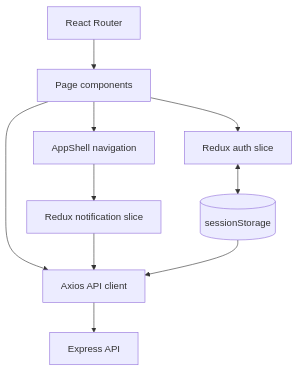
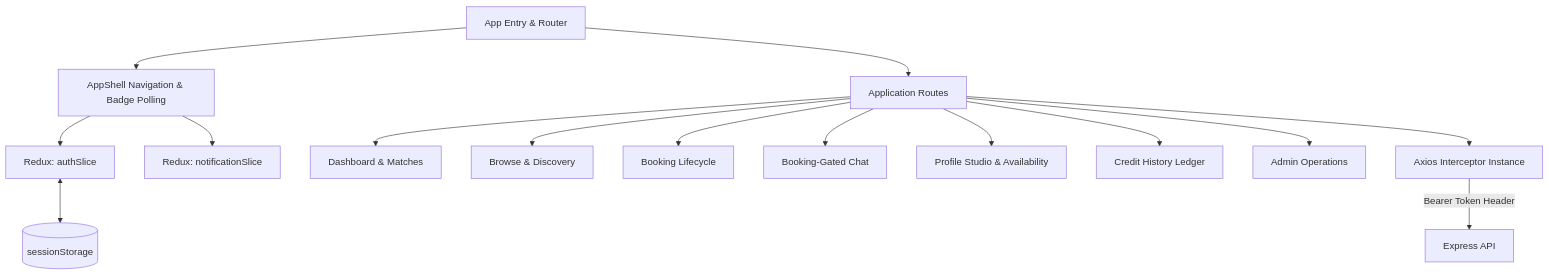
One commit to eeemrann/skillswap changed the second of 5 diagrams in README.md. Above: the diagram before and after it, drawn with Mermaid. The commit also changed other lines of this file, not shown here.

````diff
--- a/README.md
+++ b/README.md
@@ -56,12 +154,20 @@
 ```mermaid
 flowchart TD
-    Router[React Router] --> Pages[Page components]
-    Pages --> Shell[AppShell navigation]
-    Pages --> Auth[Redux auth slice]
-    Shell --> Notices[Redux notification slice]
-    Pages --> APIClient[Axios API client]
-    Notices --> APIClient
-    Auth <--> Session[(sessionStorage)]
-    Session --> APIClient
-    APIClient --> Backend[Express API]
+    App[App Entry & Router] --> Shell[AppShell Navigation & Badge Polling]
+    App --> Routes[Application Routes]
+
+    Routes --> DashboardPage[Dashboard & Matches]
+    Routes --> BrowsePage[Browse & Discovery]
+    Routes --> BookingsPage[Booking Lifecycle]
+    Routes --> MessagesPage[Booking-Gated Chat]
+    Routes --> ProfilePage[Profile Studio & Availability]
+    Routes --> CreditsPage[Credit History Ledger]
+    Routes --> AdminPage[Admin Operations]
+
+    Shell --> ReduxAuth[Redux: authSlice]
+    Shell --> ReduxNotify[Redux: notificationSlice]
+
+    ReduxAuth <--> SessionStorage[(sessionStorage)]
+    Routes --> AxiosClient[Axios Interceptor Instance]
+    AxiosClient -->|Bearer Token Header| API[Express API]
 ```
````
